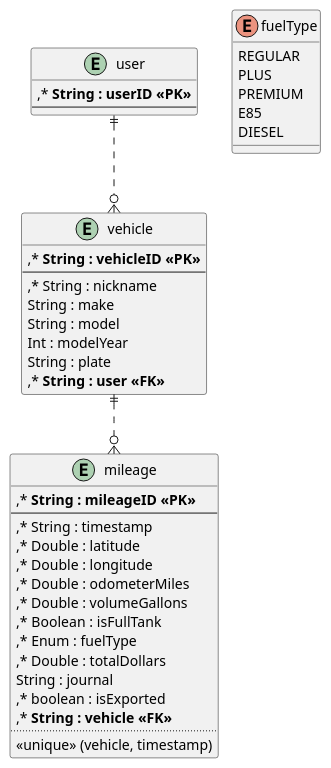
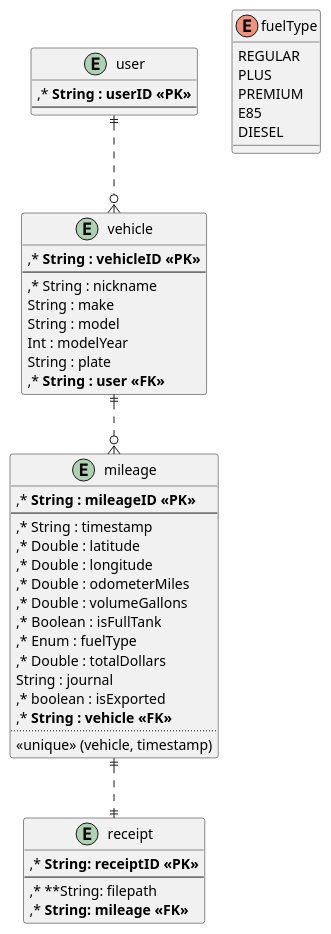
Before and after one commit to officialBeebe/FuelBuddy: the diagram in README.org, drawn with PlantUML. The commit also changed other lines of this file, not shown here.

Commit message:
Update README.org
Add `receipt` entity to ERD

```diff
--- a/README.org
+++ b/README.org
@@ -28,52 +28,60 @@
 #+begin_src plantuml :result
 @startuml
 
 entity "user" as u {
         ,* **String : userID <<PK>>**
         --
 }
 
 
 entity "vehicle" as v {
         ,* **String : vehicleID <<PK>>**
         --
         ,* String : nickname
         String : make
         String : model
         Int : modelYear
         String : plate
         ,* **String : user <<FK>>**
 }
 
 
 entity "mileage" as m {
         ,* **String : mileageID <<PK>>**
         --
         ,* String : timestamp
         ,* Double : latitude
         ,* Double : longitude
         ,* Double : odometerMiles
         ,* Double : volumeGallons
         ,* Boolean : isFullTank
         ,* Enum : fuelType
         ,* Double : totalDollars
         String : journal
         ,* boolean : isExported
         ,* **String : vehicle <<FK>>**
         ..
         <<unique>> (vehicle, timestamp)
 }
 
+entity "receipt" as mr {
+        ,* **String: receiptID <<PK>>**
+        --
+        ,* **String: filepath
+        ,* **String: mileage <<FK>>**
+}
+
 enum "fuelType" as ft {
         REGULAR
         PLUS
         PREMIUM
         E85
         DIESEL
 }
 
 u ||..o{ v
 v ||..o{ m
+m ||..|| mr
 
 @enduml
 #+end_src
```
